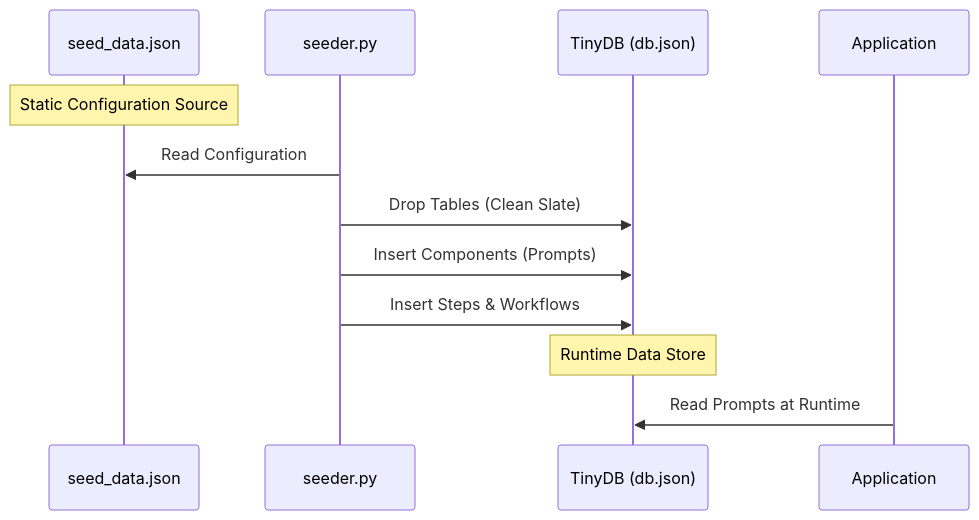
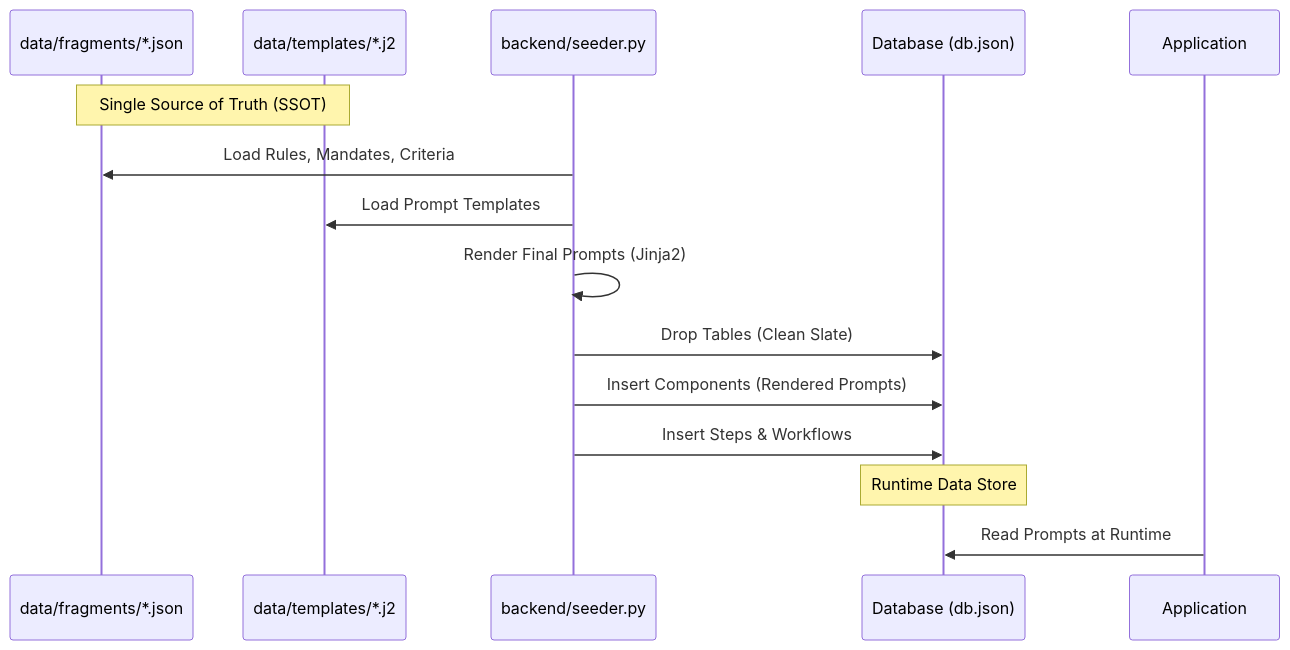
The second of 2 diagrams in docs/prompt_engineering.md (launis/quorum), drawn with Mermaid before and after one commit. The commit also changed other lines of this file and 31 other files, not shown here.

Commit message:
feat: Introduce agent-based system with new backend components,

````diff
--- a/docs/prompt_engineering.md
+++ b/docs/prompt_engineering.md
@@ -51,15 +51,18 @@
 ```mermaid
 sequenceDiagram
-    participant JSON as seed_data.json
-    participant Script as seeder.py
-    participant DB as TinyDB (db.json)
+    participant Fragments as data/fragments/*.json
+    participant Templates as data/templates/*.j2
+    participant Script as backend/seeder.py
+    participant DB as Database (db.json)
     participant App as Application
 
-    Note over JSON: Static Configuration Source
-    Script->>JSON: Read Configuration
+    Note over Fragments, Templates: Single Source of Truth (SSOT)
+    Script->>Fragments: Load Rules, Mandates, Criteria
+    Script->>Templates: Load Prompt Templates
+    Script->>Script: Render Final Prompts (Jinja2)
     Script->>DB: Drop Tables (Clean Slate)
-    Script->>DB: Insert Components (Prompts)
+    Script->>DB: Insert Components (Rendered Prompts)
     Script->>DB: Insert Steps & Workflows
     Note over DB: Runtime Data Store
     App->>DB: Read Prompts at Runtime
 ```
````
